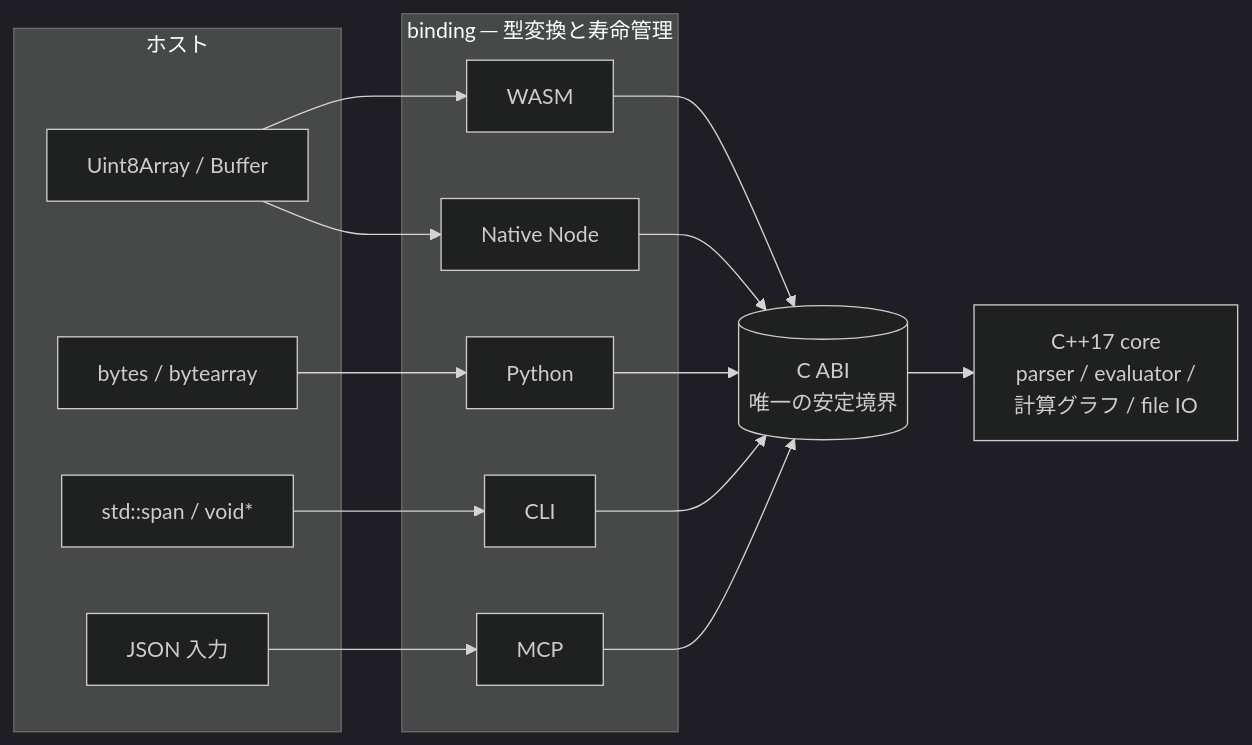
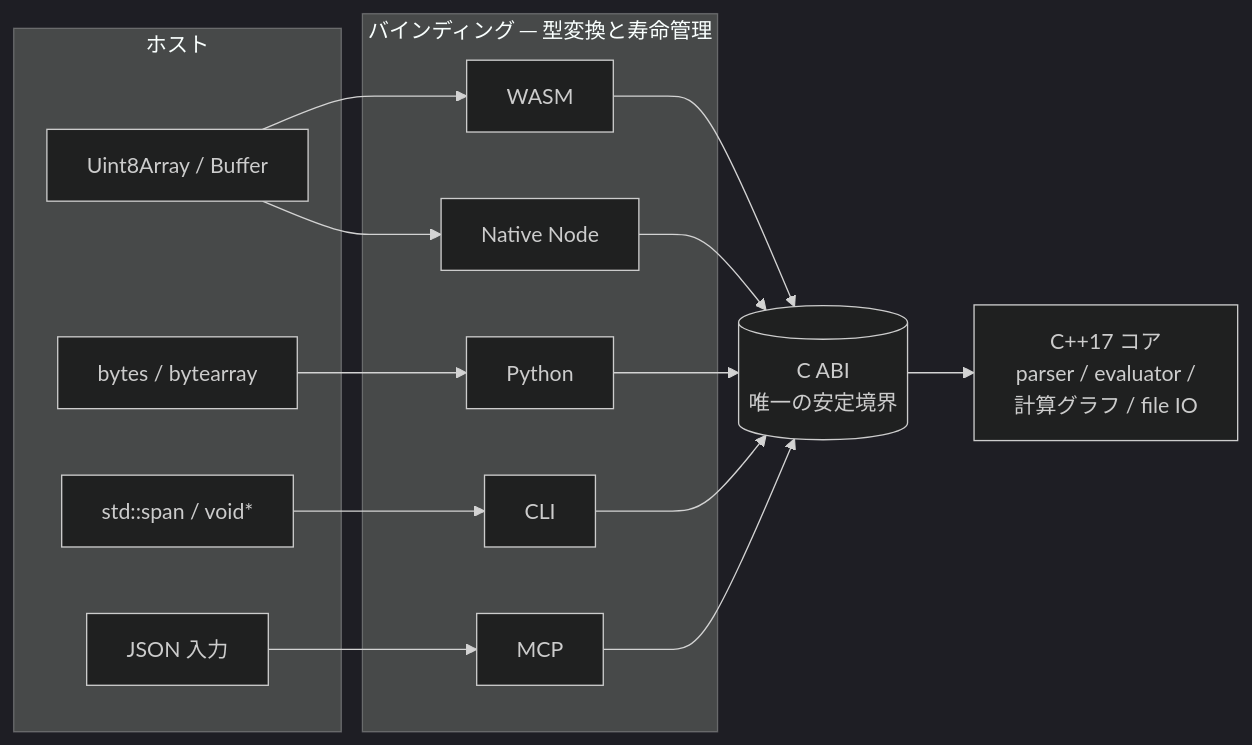
Before and after one commit to libraz/formulon-homepage: the diagram in src/ja/development/bindings.md, drawn with Mermaid (dark theme). The commit also changed other lines of this file and 49 other files, not shown here.

````diff
--- a/src/ja/development/bindings.md
+++ b/src/ja/development/bindings.md
@@ -9,29 +9,29 @@
 ```mermaid
 flowchart LR
   subgraph ホスト
     JS[Uint8Array / Buffer]
     PY[bytes / bytearray]
     CXX[std::span / void*]
     JSON[JSON 入力]
   end
-  subgraph Bindings["binding ─ 型変換と寿命管理"]
+  subgraph Bindings["バインディング ─ 型変換と寿命管理"]
     WBIND[WASM]
     NBIND[Native Node]
     PBIND[Python]
     CBIND[CLI]
     MBIND[MCP]
   end
   ABI[(C ABI<br/>唯一の安定境界)]
-  CORE[C++17 core<br/>parser / evaluator /<br/>計算グラフ / file IO]
+  CORE[C++17 コア<br/>parser / evaluator /<br/>計算グラフ / file IO]
   JS --> WBIND
   JS --> NBIND
   PY --> PBIND
   CXX --> CBIND
   JSON --> MBIND
   WBIND --> ABI
   NBIND --> ABI
   PBIND --> ABI
   CBIND --> ABI
   MBIND --> ABI
   ABI --> CORE
 ```
````
